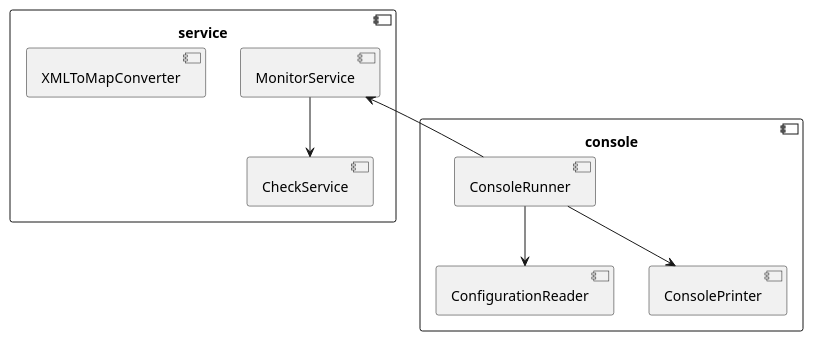
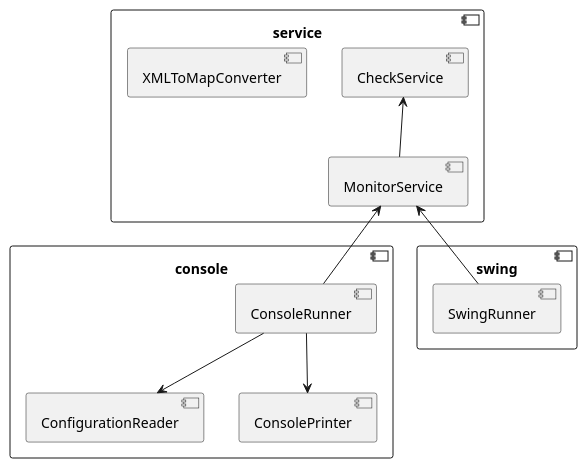
The diagram in documentation/components.plantuml (greifentor/service-monitor), drawn with PlantUML before and after one commit. The commit also changed 2 other files, not shown here.

Commit message:
Added some architectural documentation.

```diff
--- a/documentation/components.plantuml
+++ b/documentation/components.plantuml
@@ -1,29 +1,37 @@
 @startuml
 
 component service {
 
 	component CheckService
 	
 	component MonitorService
 	
 	component XMLToMapConverter
 	
-	MonitorService --> CheckService
+	MonitorService -UP-> CheckService
 
 }
 
 component console {
 
 	component ConsoleRunner
 	
 	component ConfigurationReader
 	
 	component ConsolePrinter
 	
 	ConsoleRunner --> ConfigurationReader
 	ConsoleRunner --> ConsolePrinter
 	ConsoleRunner -UP-> MonitorService
 
 }
 
+component swing {
+
+	component SwingRunner
+	
+	SwingRunner -UP-> MonitorService
+
+}
+
 @enduml
```
